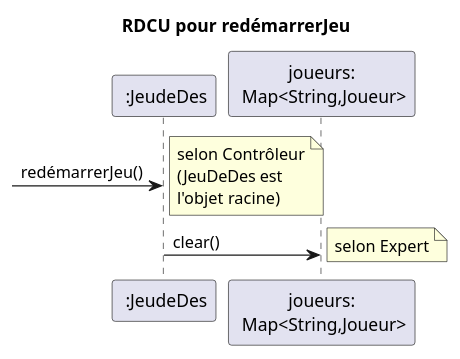
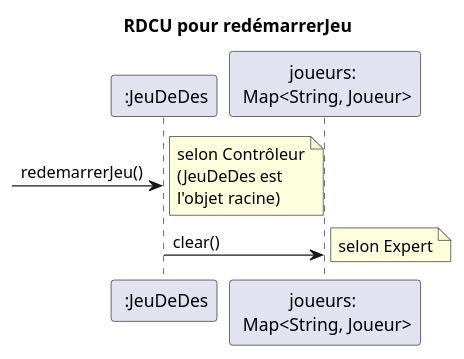
Before and after one commit to UpnorthSchool/laboratoire-0-UpnorthSchool: the diagram in docs/modeles/rdcu-redemarrerJeu.puml, drawn with PlantUML.

Commit message:
etape 2 test reussi
update avex bon espacement pour les termes ainsi que majuscule minuscule au bon endroit

```diff
--- a/docs/modeles/rdcu-redemarrerJeu.puml
+++ b/docs/modeles/rdcu-redemarrerJeu.puml
@@ -1,16 +1,16 @@
 @startuml RDCU redémarrerJeu
 title RDCU pour redémarrerJeu
-participant " :JeudeDes" as D
-participant "joueurs:\n Map<String,Joueur>" as J
+participant " :JeuDeDes" as D
+participant "joueurs: \n Map<String, Joueur>" as J
  
--> D : redémarrerJeu()
+-> D : redemarrerJeu()
 note right
    selon Contrôleur
    (JeuDeDes est
    l'objet racine)
 end note
 D -> J : clear()
 note right
    selon Expert
 end note
 @enduml
```
